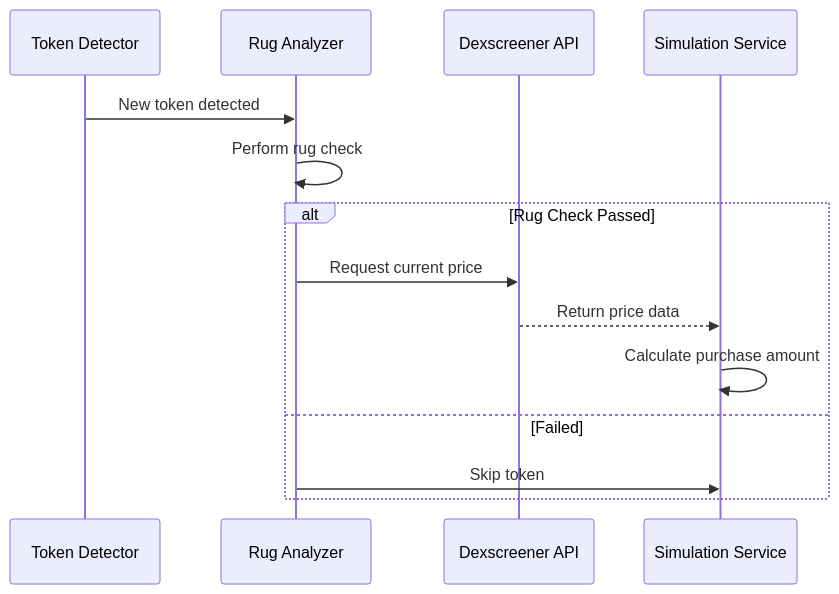
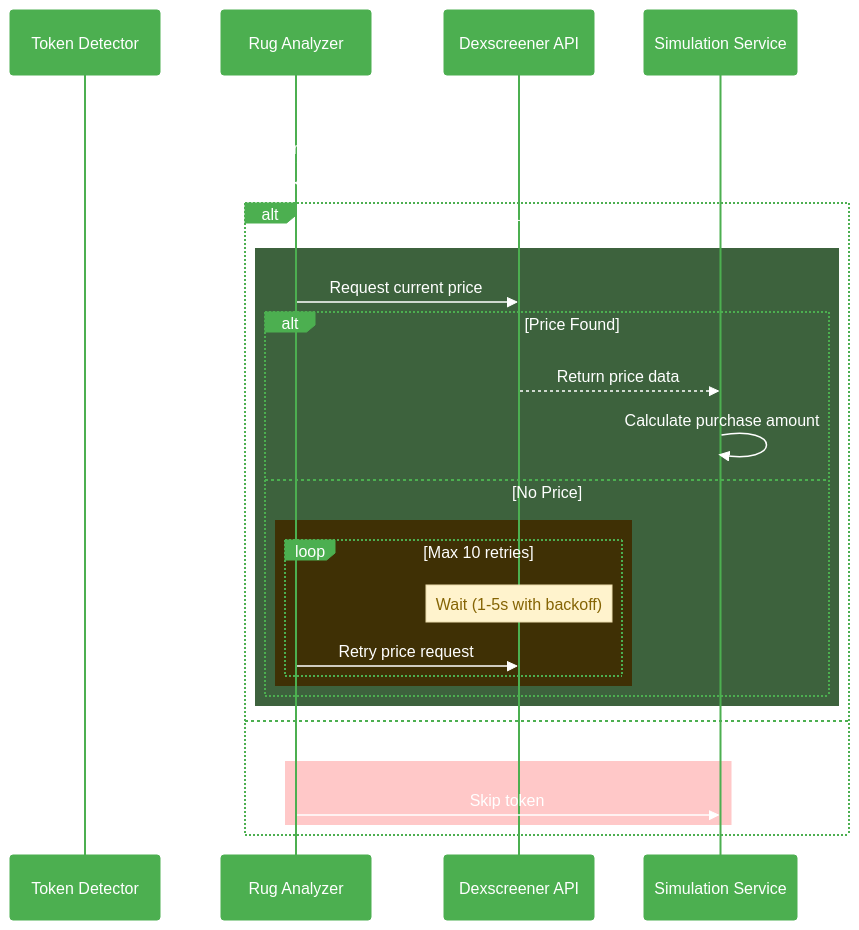
One commit to kodiii/SolanaTokenSniper changed the second of 4 diagrams in cline_docs/paperTrading_flow.md. Above: the diagram before and after it, drawn with Mermaid. The commit also changed other lines of this file and 6 other files, not shown here.

Commit message:
Enhance token price fetching with configurable retry logic and exponential backoff; add CLI reset command for paper trading dashboard

````diff
--- a/cline_docs/paperTrading_flow.md
+++ b/cline_docs/paperTrading_flow.md
@@ -23,17 +24,31 @@
 ```mermaid
+%%{init: {'theme': 'base', 'themeVariables': { 'primaryColor': '#4CAF50', 'primaryTextColor': '#fff', 'primaryBorderColor': '#4CAF50', 'noteBkgColor': '#fff3cd', 'noteTextColor': '#856404' }}}%%
 sequenceDiagram
     participant TD as Token Detector
     participant RA as Rug Analyzer
     participant Dex as Dexscreener API
     participant Sim as Simulation Service
 
     TD->>RA: New token detected
     RA->>RA: Perform rug check
     alt Rug Check Passed
-        RA->>Dex: Request current price
-        Dex-->>Sim: Return price data
-        Sim->>Sim: Calculate purchase amount
+        rect rgb(61, 98, 61)
+            RA->>Dex: Request current price
+            alt Price Found
+                Dex-->>Sim: Return price data
+                Sim->>Sim: Calculate purchase amount
+            else No Price
+                rect rgb(63, 48, 5)
+                    loop Max 10 retries
+                        Note over Dex: Wait (1-5s with backoff)
+                        RA->>Dex: Retry price request
+                    end
+                end
+            end
+        end
     else Failed
-        RA->>Sim: Skip token
+        rect rgb(255, 200, 200)
+            RA->>Sim: Skip token
+        end
     end
 ```
````
